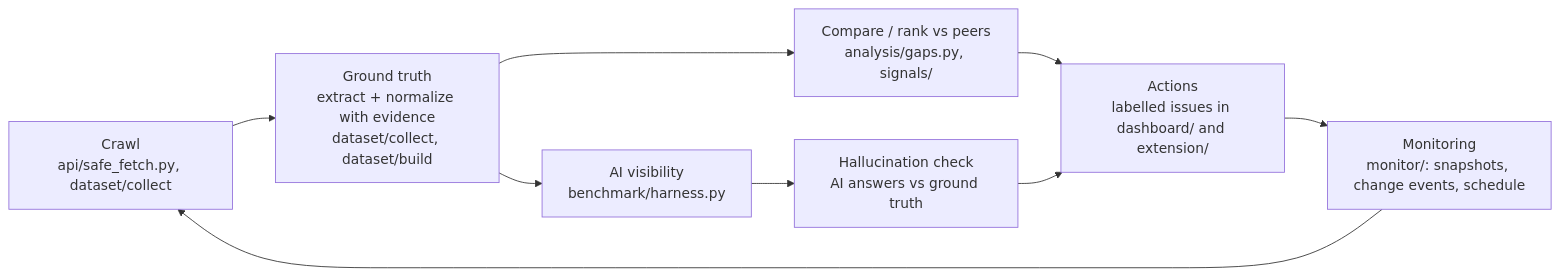
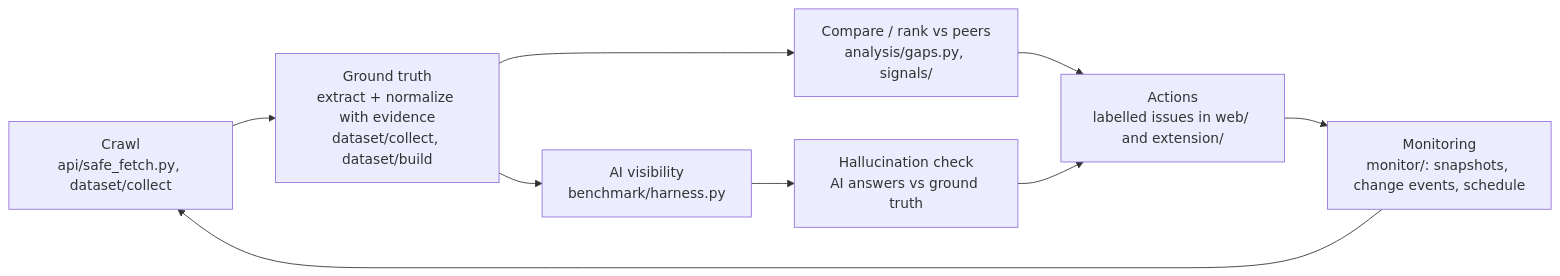
One commit to 1n1t6Sh3ll/Aparece changed the diagram in docs/ARCHITECTURE.md. Above: the diagram before and after it, drawn with Mermaid. The commit also changed other lines of this file and 12 other files, not shown here.

Commit message:
Remove static dashboard/ (superseded by web app); /dashboard* 307 -> /; drop unused wdc.ENTITY

````diff
--- a/docs/ARCHITECTURE.md
+++ b/docs/ARCHITECTURE.md
@@ -5,11 +5,11 @@
 ```mermaid
 flowchart LR
   A[Crawl<br/>api/safe_fetch.py, dataset/collect] --> B[Ground truth<br/>extract + normalize with evidence<br/>dataset/collect, dataset/build]
   B --> C[Compare / rank vs peers<br/>analysis/gaps.py, signals/]
   B --> D[AI visibility<br/>benchmark/harness.py]
   D --> E[Hallucination check<br/>AI answers vs ground truth]
-  C --> F[Actions<br/>labelled issues in dashboard/ and extension/]
+  C --> F[Actions<br/>labelled issues in web/ and extension/]
   E --> F
   F --> G[Monitoring<br/>monitor/: snapshots, change events, schedule]
   G --> A
 ```
````
